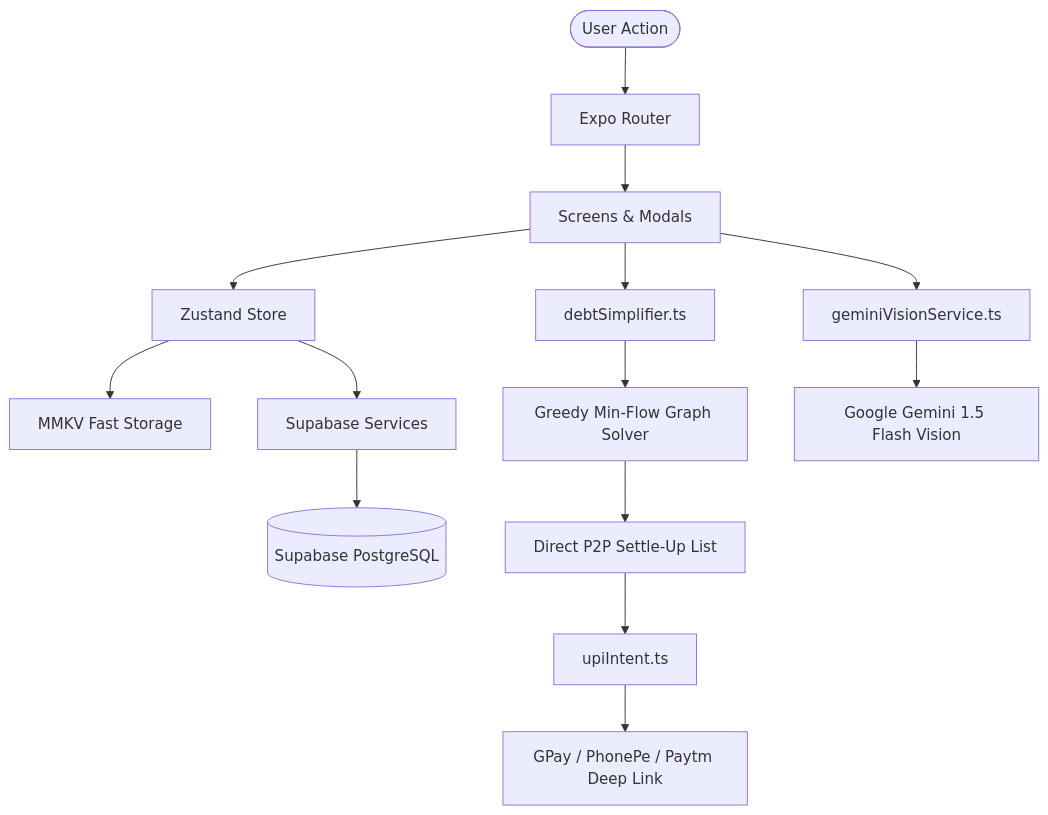
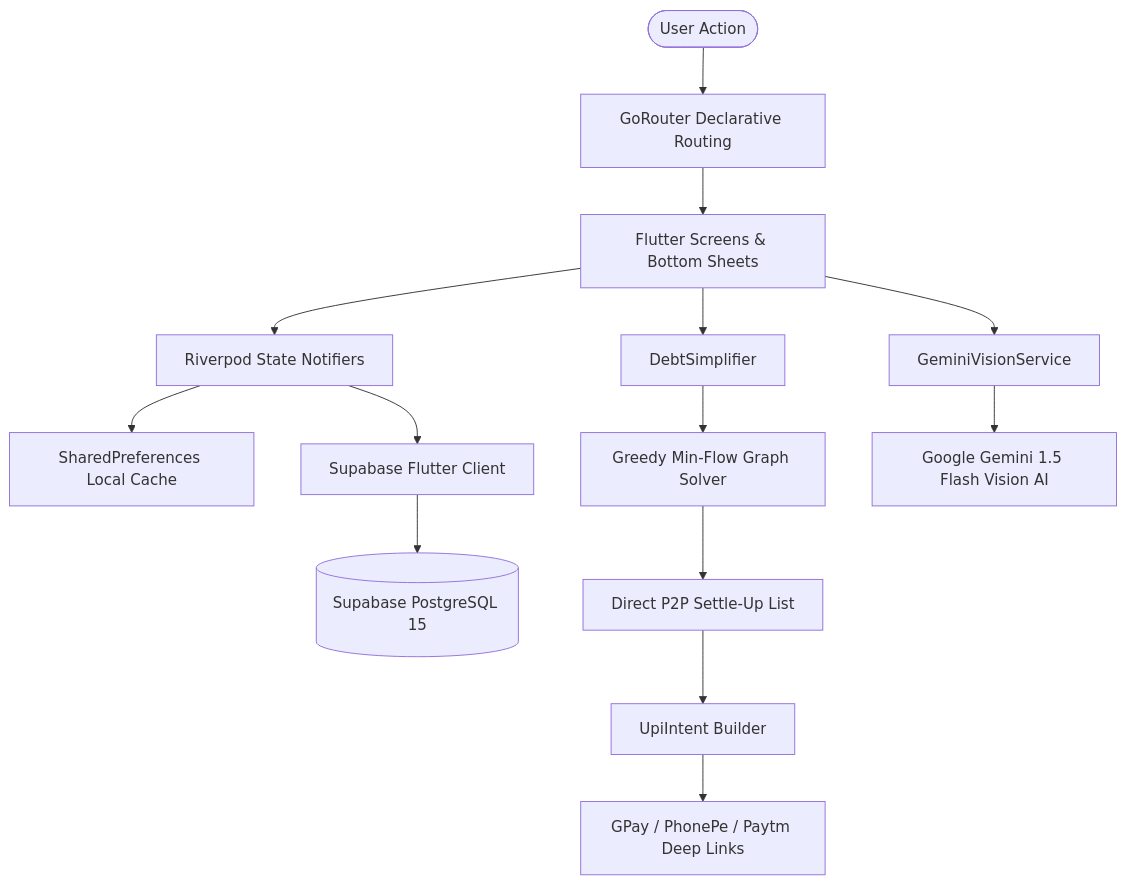
The diagram in README.md (lk-03/FairShare), drawn with Mermaid before and after one commit. The commit also changed other lines of this file, not shown here.

Commit message:
docs: modernize README with Flutter architecture, Riverpod, GoRouter, fl_chart and zero-leak setup

````diff
--- a/README.md
+++ b/README.md
@@ -78,16 +84,18 @@
 ```mermaid
 graph TD
-    User([User Action]) --> AppRouter[Expo Router]
-    AppRouter --> Screens[Screens & Modals]
-    Screens --> Zustand[Zustand Store]
-    Zustand --> MMKV[MMKV Fast Storage]
-    Zustand --> Services[Supabase Services]
-    Services --> SupabaseDB[(Supabase PostgreSQL)]
-    Screens --> DebtEngine[debtSimplifier.ts]
+    User([User Action]) --> AppRouter[GoRouter Declarative Routing]
+    AppRouter --> Screens[Flutter Screens & Bottom Sheets]
+    Screens --> Riverpod[Riverpod State Notifiers]
+    Riverpod --> LocalCache[SharedPreferences Local Cache]
+    Riverpod --> SupabaseClient[Supabase Flutter Client]
+    SupabaseClient --> SupabaseDB[(Supabase PostgreSQL 15)]
+    
+    Screens --> DebtEngine[DebtSimplifier]
     DebtEngine --> MinFlow[Greedy Min-Flow Graph Solver]
     MinFlow --> DirectDebts[Direct P2P Settle-Up List]
-    DirectDebts --> UPI[upiIntent.ts]
-    UPI --> NativeApps[GPay / PhonePe / Paytm Deep Link]
-    Screens --> AIModule[geminiVisionService.ts]
-    AIModule --> Gemini[Google Gemini 1.5 Flash Vision]
+    DirectDebts --> UPI[UpiIntent Builder]
+    UPI --> NativeApps[GPay / PhonePe / Paytm Deep Links]
+    
+    Screens --> AIModule[GeminiVisionService]
+    AIModule --> Gemini[Google Gemini 1.5 Flash Vision AI]
 ```
````
